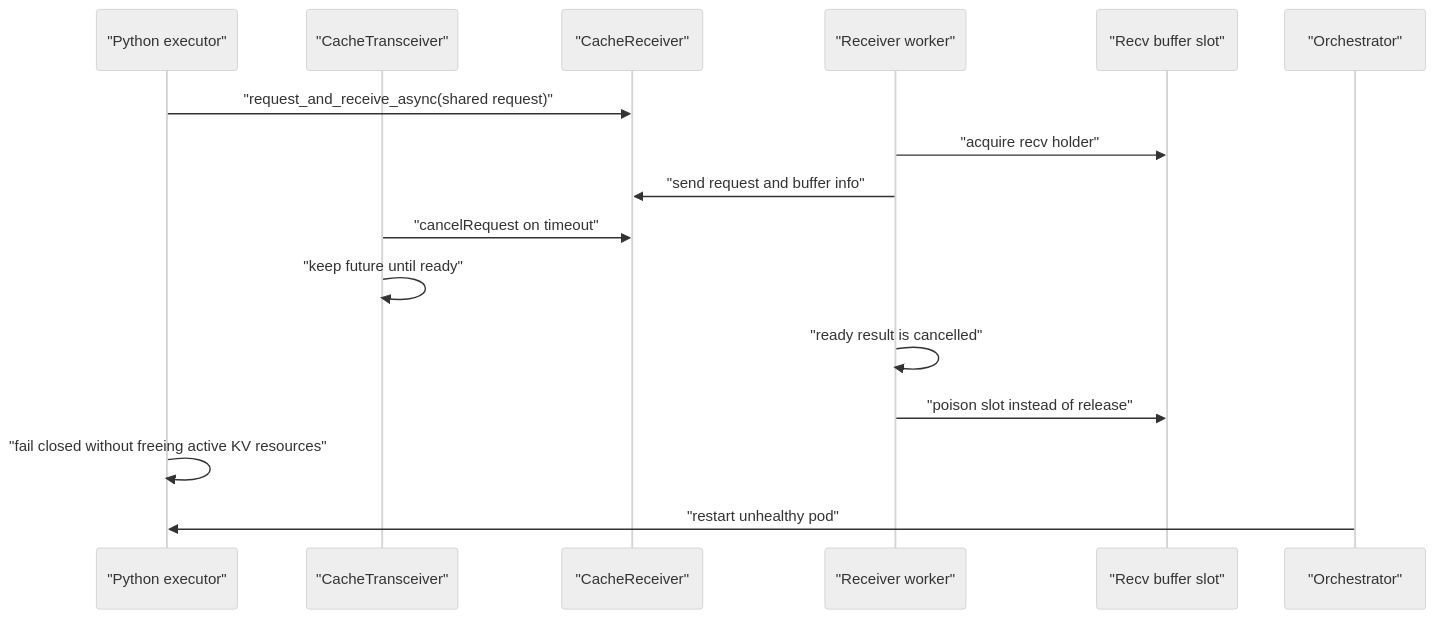
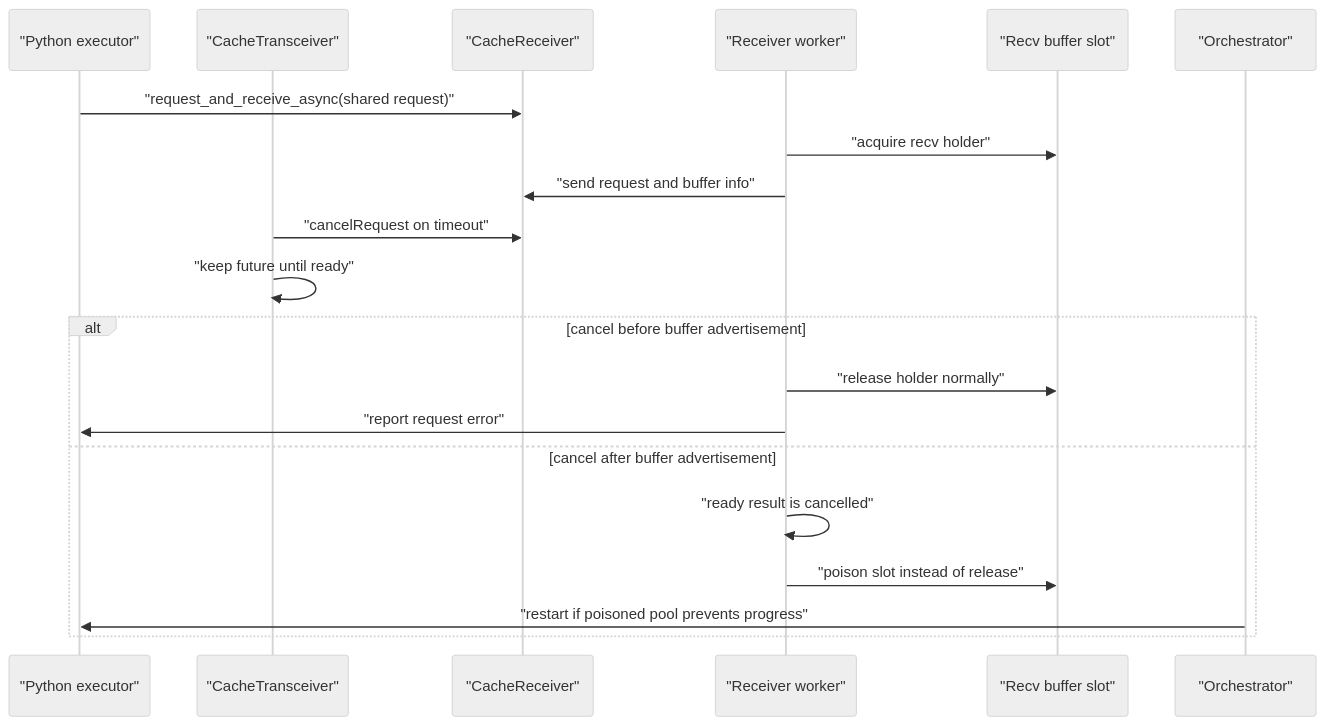
The third of 3 diagrams in docs/source/features/disagg-kv-transfer-cancel-safety.md (NVIDIA/TensorRT-LLM), drawn with Mermaid (neutral theme) before and after one commit. The commit also changed other lines of this file and 7 other files, not shown here.

````diff
--- a/docs/source/features/disagg-kv-transfer-cancel-safety.md
+++ b/docs/source/features/disagg-kv-transfer-cancel-safety.md
@@ -80,19 +81,23 @@
 ```mermaid
 sequenceDiagram
   participant Py as "Python executor"
   participant CT as "CacheTransceiver"
   participant CR as "CacheReceiver"
   participant W as "Receiver worker"
   participant B as "Recv buffer slot"
   participant O as "Orchestrator"
 
   Py->>CR: "request_and_receive_async(shared request)"
   W->>B: "acquire recv holder"
   W->>CR: "send request and buffer info"
   CT->>CR: "cancelRequest on timeout"
   CT->>CT: "keep future until ready"
-  W->>W: "ready result is cancelled"
-  W->>B: "poison slot instead of release"
-  Py->>Py: "fail closed without freeing active KV resources"
-  O->>Py: "restart unhealthy pod"
+  alt cancel before buffer advertisement
+    W->>B: "release holder normally"
+    W->>Py: "report request error"
+  else cancel after buffer advertisement
+    W->>W: "ready result is cancelled"
+    W->>B: "poison slot instead of release"
+    O->>Py: "restart if poisoned pool prevents progress"
+  end
 ```
````
